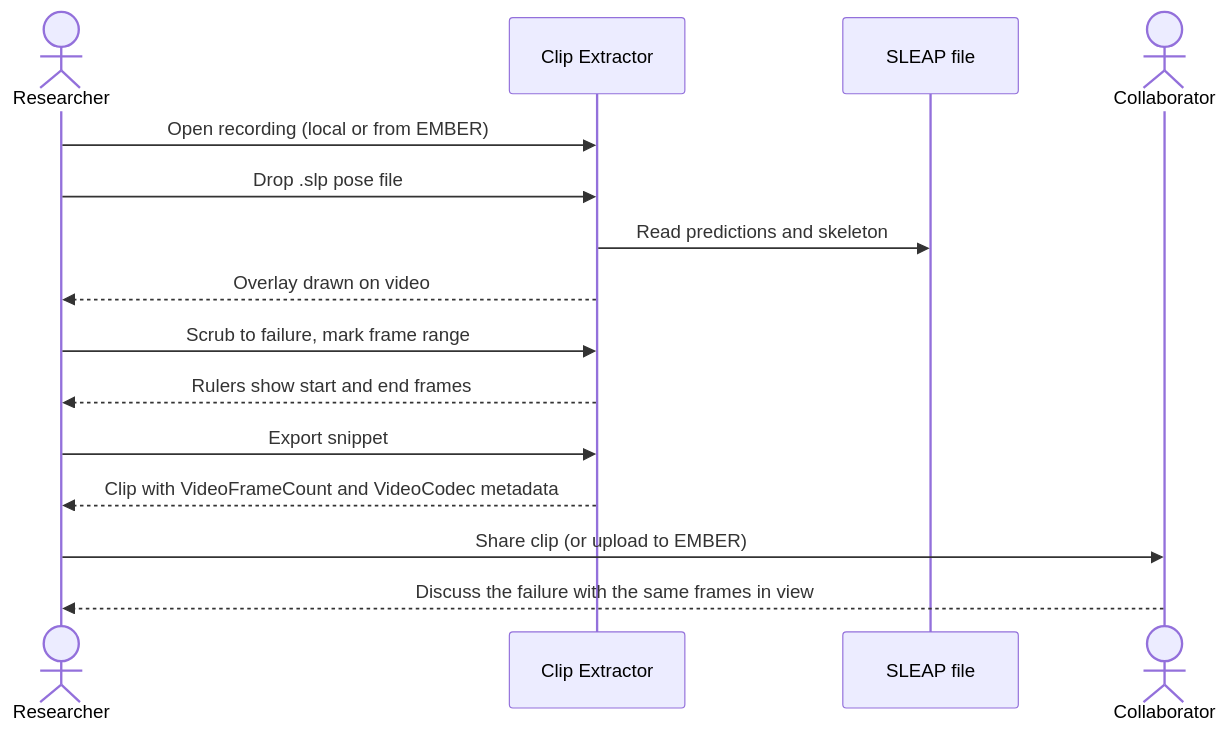
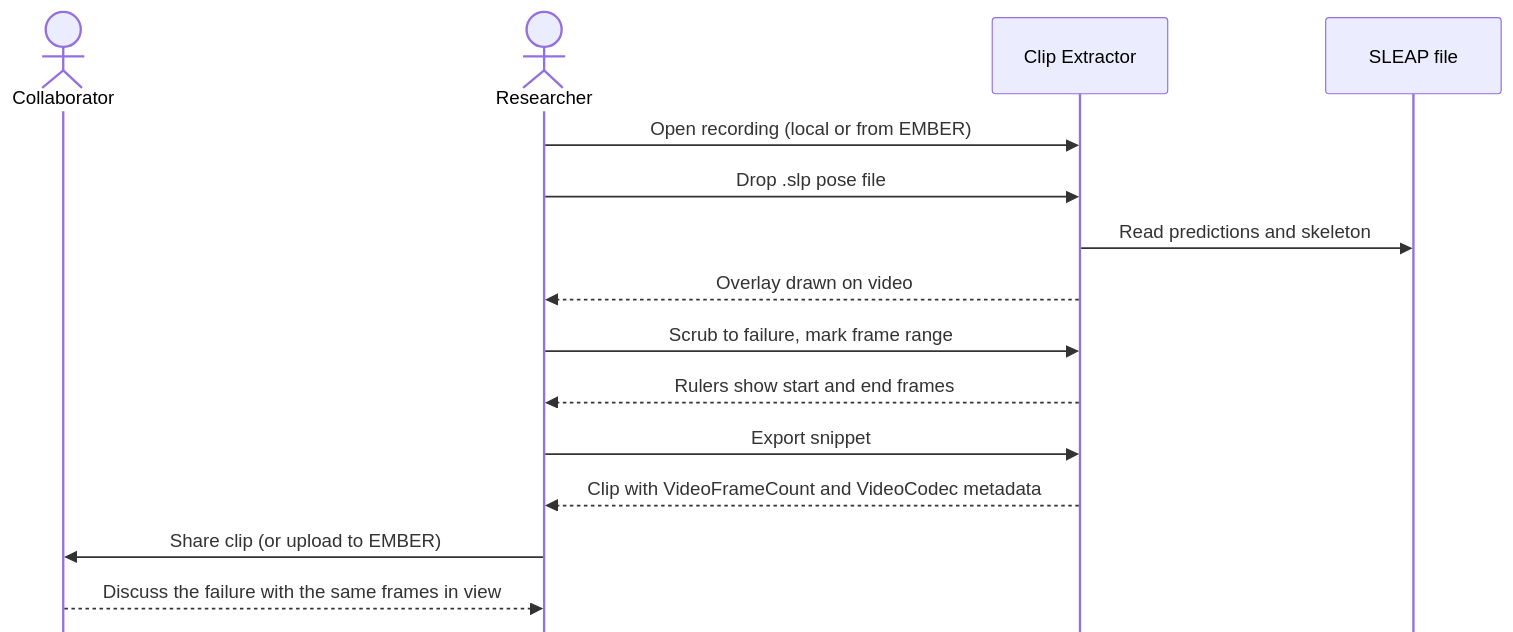
Before and after one commit to CodyCBakerPhD/BBQS-EMBER-docs: the diagram in user-stories/clip-extractor/story-01-share-a-tracking-failure-case.md, drawn with Mermaid. The commit also changed 3 other files, not shown here.

First line of the commit message:
Drop the mirrored bottom actors from the sequence diagrams

````diff
--- a/user-stories/clip-extractor/story-01-share-a-tracking-failure-case.md
+++ b/user-stories/clip-extractor/story-01-share-a-tracking-failure-case.md
@@ -18,18 +18,19 @@
 ```mermaid
+%%{init: {"sequence": {"mirrorActors": false}}}%%
 sequenceDiagram
+    actor C as Collaborator
     actor R as Researcher
     participant CE as Clip Extractor
     participant SLP as SLEAP file
-    actor C as Collaborator
 
     R->>CE: Open recording (local or from EMBER)
     R->>CE: Drop .slp pose file
     CE->>SLP: Read predictions and skeleton
     CE-->>R: Overlay drawn on video
     R->>CE: Scrub to failure, mark frame range
     CE-->>R: Rulers show start and end frames
     R->>CE: Export snippet
     CE-->>R: Clip with VideoFrameCount and VideoCodec metadata
     R->>C: Share clip (or upload to EMBER)
     C-->>R: Discuss the failure with the same frames in view
 ```
````
